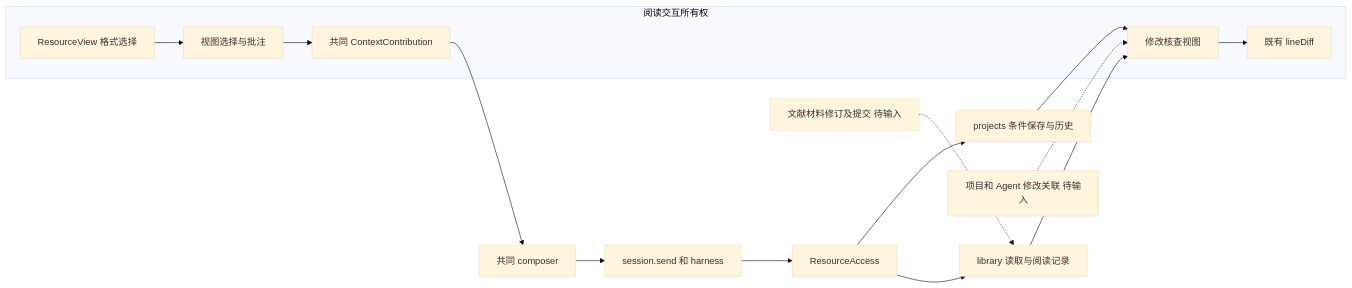
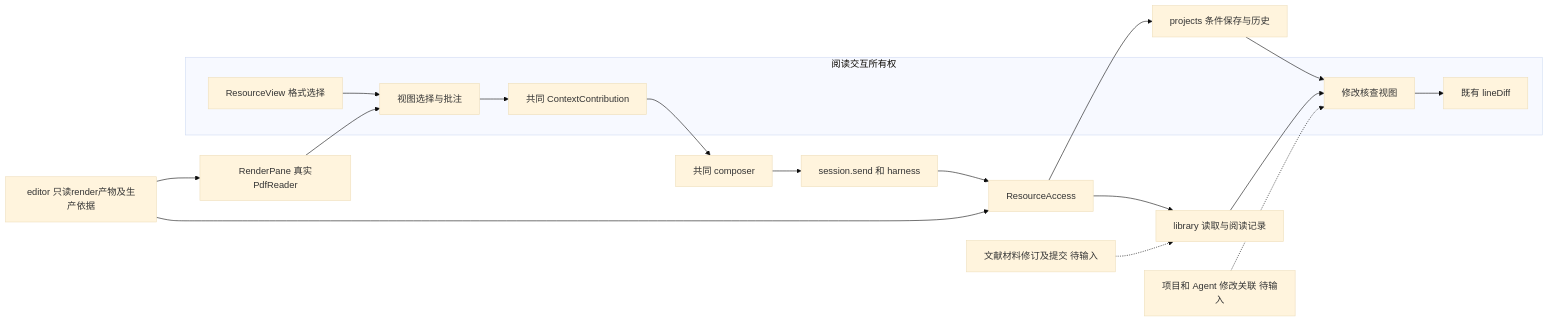
The first of 2 diagrams in openspec/changes/add-material-annotation-interactions/design.md (leike0813/Scholoom), drawn with Mermaid (base theme) before and after one commit. The commit also changed other lines of this file and 46 other files, not shown here.

````diff
--- a/openspec/changes/add-material-annotation-interactions/design.md
+++ b/openspec/changes/add-material-annotation-interactions/design.md
@@ -7,17 +7,20 @@
 ```mermaid
 flowchart LR
   subgraph RI[阅读交互所有权]
     V[ResourceView 格式选择] --> S[视图选择与批注]
     S --> C[共同 ContextContribution]
     H[修改核查视图] --> DF[既有 lineDiff]
   end
   C --> CO[共同 composer]
   CO --> A[session.send 和 harness]
   A --> R[ResourceAccess]
   R --> P[projects 条件保存与历史]
   R --> L[library 读取与阅读记录]
+  E[editor 只读render产物及生产依据] --> R
+  E --> RV[RenderPane 真实PdfReader]
+  RV --> S
   P --> H
   L --> H
   M1[文献材料修订及提交 待输入] -.-> L
   M2[项目和 Agent 修改关联 待输入] -.-> H
 ```
````
